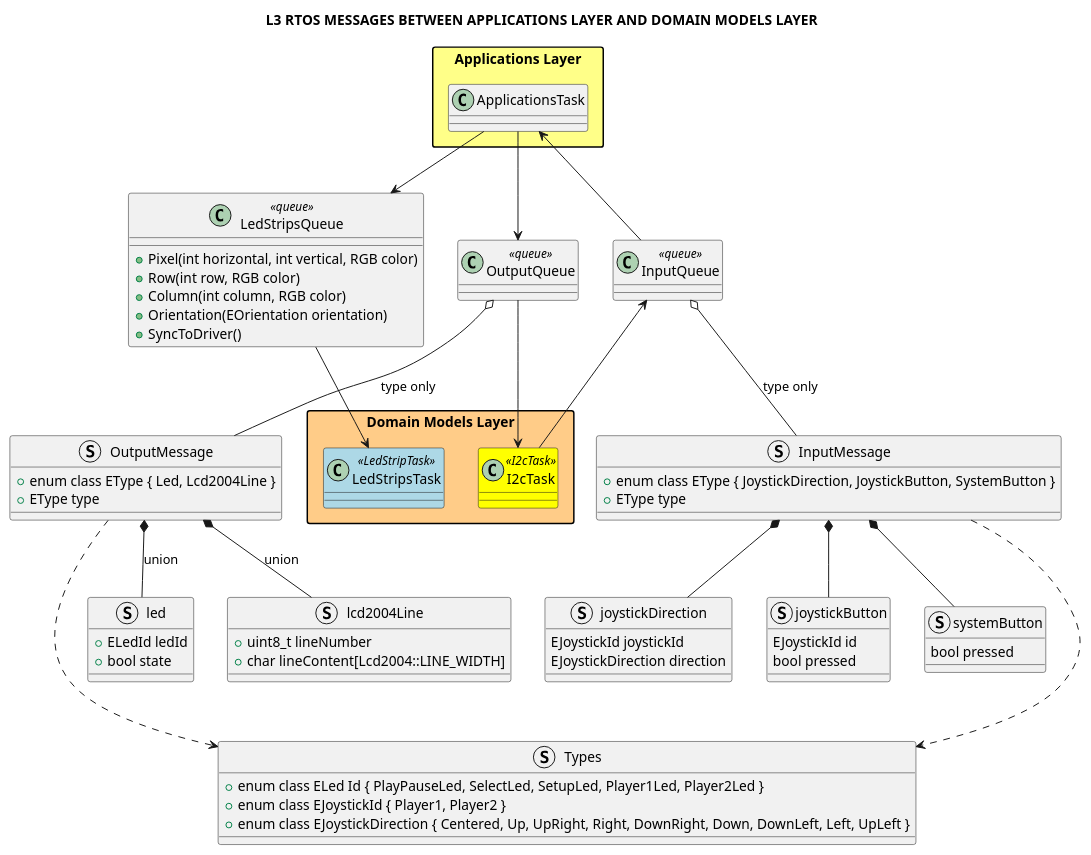
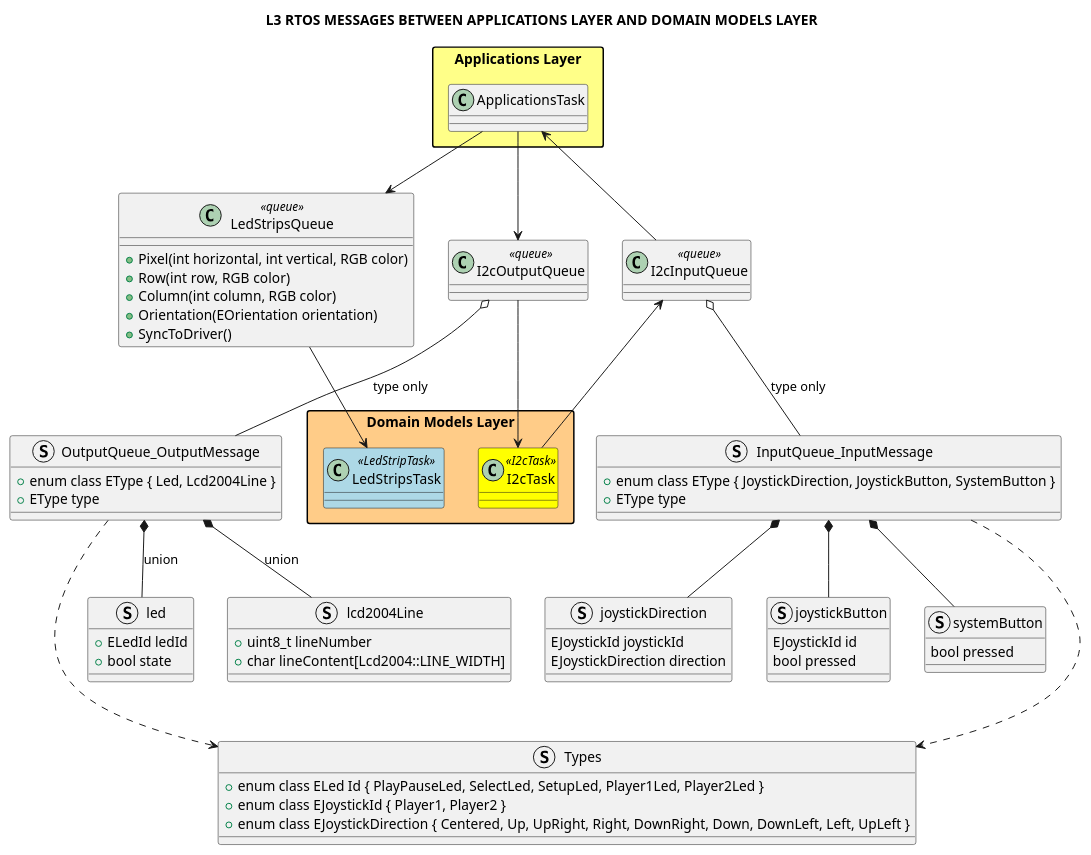
The diagram in Docs/Software Design/Layers/L3_messages.puml (michelkeijzers/fraxis), drawn with PlantUML before and after one commit. The commit also changed 30 other files, not shown here.

Commit message:
Changed Input/OutputQueue(Reader) to I2c...

```diff
--- a/Docs/Software Design/Layers/L3_messages.puml
+++ b/Docs/Software Design/Layers/L3_messages.puml
@@ -1,110 +1,110 @@
 @startuml
 
 title L3 RTOS MESSAGES BETWEEN APPLICATIONS LAYER AND DOMAIN MODELS LAYER
 
 skinparam packageStyle rectangle
 skinparam lineThickness 2
 
 '------------------------------------------------------------------------------------------------
 '                           APPLICATIONS LAYER 
 '------------------------------------------------------------------------------------------------
 
 package "Applications Layer" #ff8
 {
     class ApplicationsTask {}
 } 
 
 class LedStripsQueue <<queue>> 
 {
     + Pixel(int horizontal, int vertical, RGB color)
     + Row(int row, RGB color)
     + Column(int column, RGB color)
     + Orientation(EOrientation orientation)
     + SyncToDriver()
 }
 
-class OutputQueue <<queue>> 
+class I2cOutputQueue <<queue>> 
 {
 }
 
-struct OutputMessage
+struct OutputQueue_OutputMessage
 {
     + enum class EType { Led, Lcd2004Line }
     + EType type
 }
 
 struct Types
 {
     + enum class ELed Id { PlayPauseLed, SelectLed, SetupLed, Player1Led, Player2Led }
     + enum class EJoystickId { Player1, Player2 }
     + enum class EJoystickDirection { Centered, Up, UpRight, Right, DownRight, Down, DownLeft, Left, UpLeft }
 }
 
 struct led
 {
     + ELedId ledId
     + bool state
 }
 
 struct lcd2004Line 
 {
     + uint8_t lineNumber
     + char lineContent[Lcd2004::LINE_WIDTH]
 }
 
-OutputMessage *-- led : union
-OutputMessage *-- lcd2004Line : union
+OutputQueue_OutputMessage *-- led : union
+OutputQueue_OutputMessage *-- lcd2004Line : union
 
-OutputQueue o-- OutputMessage : type only
+I2cOutputQueue o-- OutputQueue_OutputMessage : type only
 
-class InputQueue <<queue>> 
+class I2cInputQueue <<queue>> 
 {
 }
 
 ApplicationsTask --> LedStripsQueue
-ApplicationsTask --> OutputQueue
-ApplicationsTask <-- InputQueue
+ApplicationsTask --> I2cOutputQueue
+ApplicationsTask <-- I2cInputQueue
 
-struct InputMessage
+struct InputQueue_InputMessage
 {
     + enum class EType { JoystickDirection, JoystickButton, SystemButton }
     + EType type
 }
 
-InputQueue o-- InputMessage: type only
+I2cInputQueue o-- InputQueue_InputMessage: type only
 
-OutputMessage ...> Types
-InputMessage ...> Types
+OutputQueue_OutputMessage ...> Types
+InputQueue_InputMessage ...> Types
 
 struct joystickDirection
 {
     EJoystickId joystickId
     EJoystickDirection direction
 }
 
 struct joystickButton
 {
     EJoystickId id
     bool pressed
 } 
 
 struct systemButton
 {
     bool pressed
 } 
 
-InputMessage *-- joystickDirection
-InputMessage *-- joystickButton
-InputMessage *-- systemButton
+InputQueue_InputMessage *-- joystickDirection
+InputQueue_InputMessage *-- joystickButton
+InputQueue_InputMessage *-- systemButton
 
 package "Domain Models Layer" as DomainModelsLayer #fc8
 {
     class I2cTask <<I2cTask>> #yellow
     class LedStripsTask <<LedStripTask>> #lightblue
 }
 
 LedStripsQueue --> LedStripsTask
-OutputQueue --> I2cTask
-InputQueue <-- I2cTask
+I2cOutputQueue --> I2cTask
+I2cInputQueue <-- I2cTask
 
 @enduml
```
